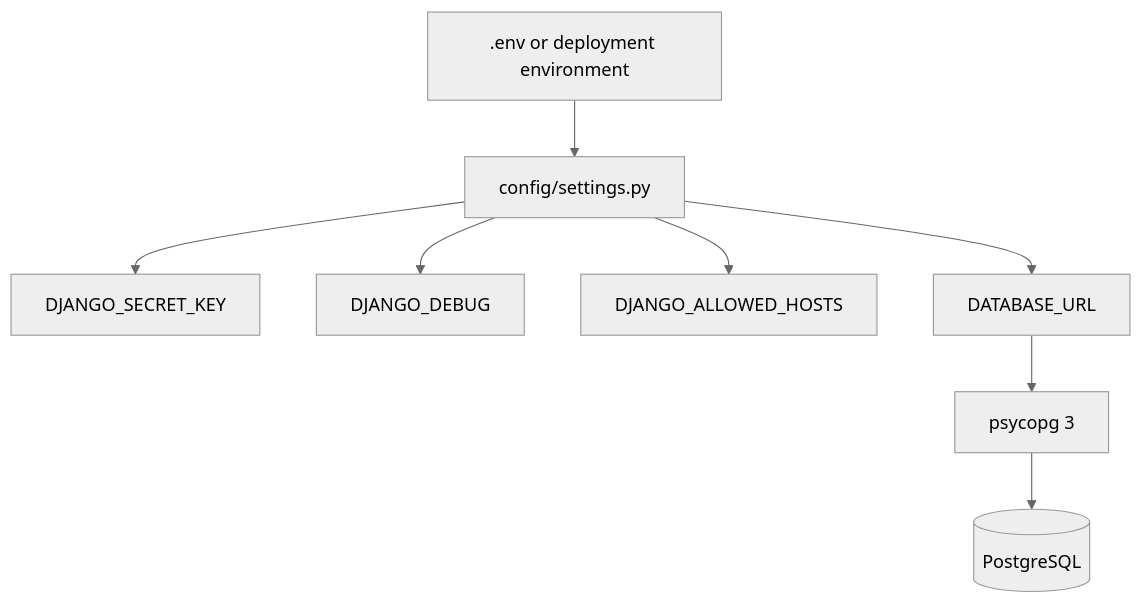
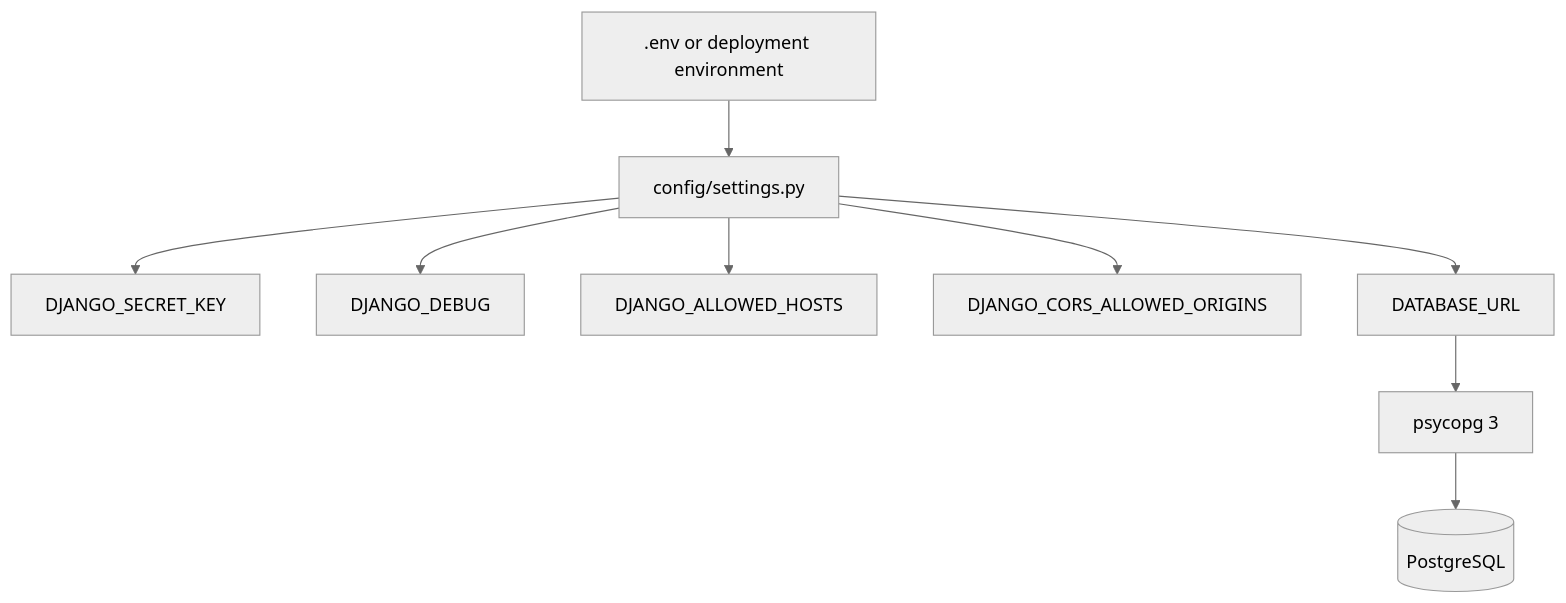
Before and after one commit to curricula-live/api: the second of 2 diagrams in README.md, drawn with Mermaid (neutral theme). The commit also changed other lines of this file, not shown here.

````diff
--- a/README.md
+++ b/README.md
@@ -83,19 +90,21 @@
 ```mermaid
 flowchart TD
     Env[.env or deployment environment]
     Settings[config/settings.py]
     Secret[DJANGO_SECRET_KEY]
     Debug[DJANGO_DEBUG]
     Hosts[DJANGO_ALLOWED_HOSTS]
+    CORS[DJANGO_CORS_ALLOWED_ORIGINS]
     URL[DATABASE_URL]
     Psycopg[psycopg 3]
     Postgres[(PostgreSQL)]
 
     Env --> Settings
     Settings --> Secret
     Settings --> Debug
     Settings --> Hosts
+    Settings --> CORS
     Settings --> URL
     URL --> Psycopg
     Psycopg --> Postgres
 ```
````
